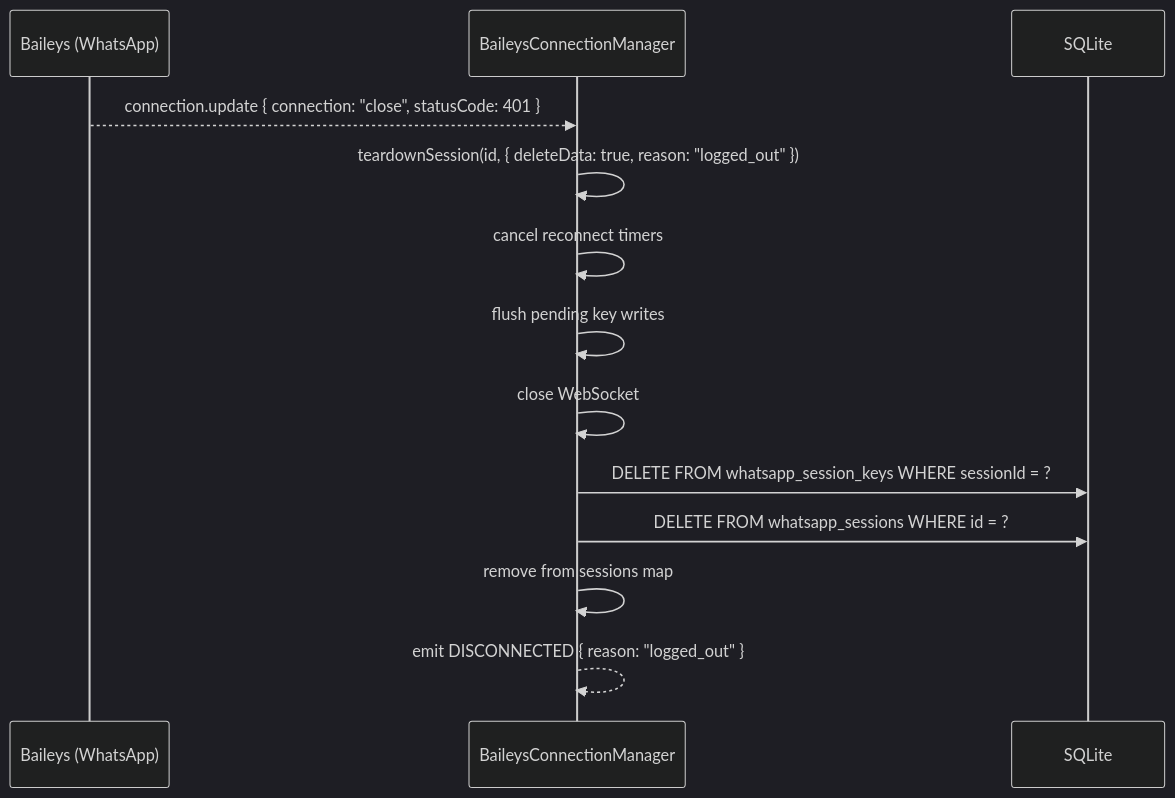
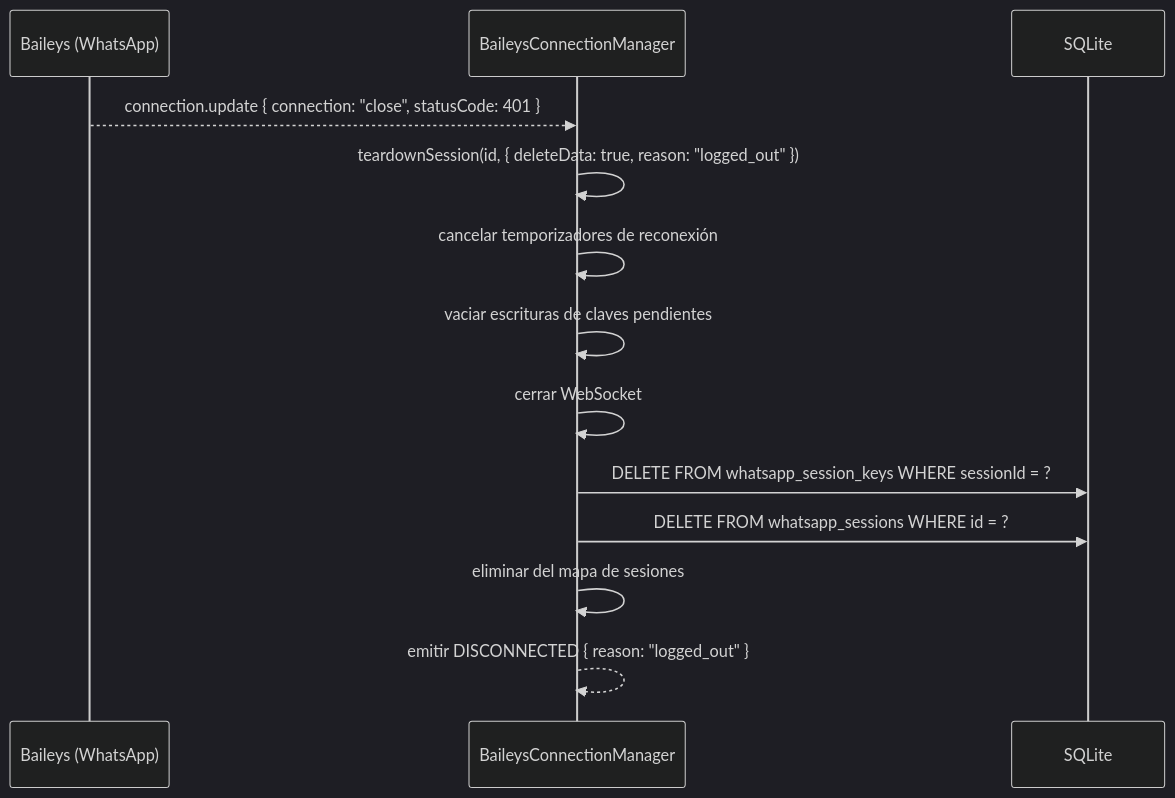
The sixth of 9 diagrams in docs/whatsapp-session-lifecycle.md (Fibra-Labs/chepibe-personal), drawn with Mermaid (dark theme) before and after one commit. The commit also changed other lines of this file and 8 other files, not shown here.

````diff
--- a/docs/whatsapp-session-lifecycle.md
+++ b/docs/whatsapp-session-lifecycle.md
@@ -150,16 +150,16 @@
 ```mermaid
 sequenceDiagram
     participant BA as Baileys (WhatsApp)
     participant MGR as BaileysConnectionManager
     participant DB as SQLite
 
     BA-->>MGR: connection.update { connection: "close", statusCode: 401 }
     MGR->>MGR: teardownSession(id, { deleteData: true, reason: "logged_out" })
-    MGR->>MGR: cancel reconnect timers
-    MGR->>MGR: flush pending key writes
-    MGR->>MGR: close WebSocket
+    MGR->>MGR: cancelar temporizadores de reconexión
+    MGR->>MGR: vaciar escrituras de claves pendientes
+    MGR->>MGR: cerrar WebSocket
     MGR->>DB: DELETE FROM whatsapp_session_keys WHERE sessionId = ?
     MGR->>DB: DELETE FROM whatsapp_sessions WHERE id = ?
-    MGR->>MGR: remove from sessions map
-    MGR-->>MGR: emit DISCONNECTED { reason: "logged_out" }
+    MGR->>MGR: eliminar del mapa de sesiones
+    MGR-->>MGR: emitir DISCONNECTED { reason: "logged_out" }
 ```
````
